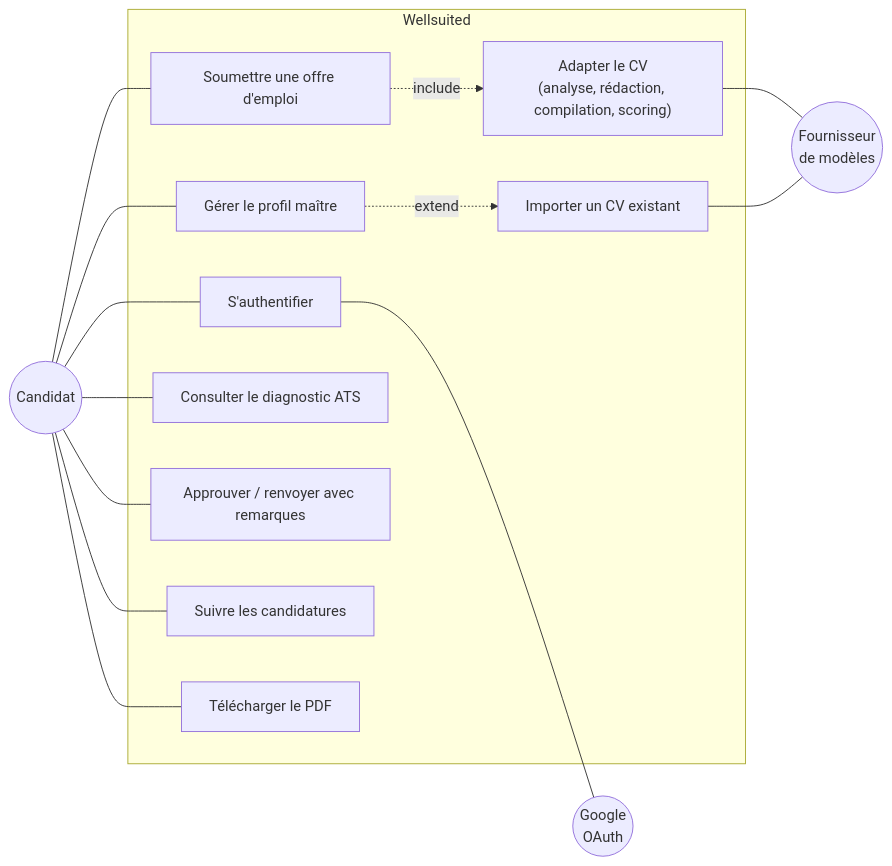
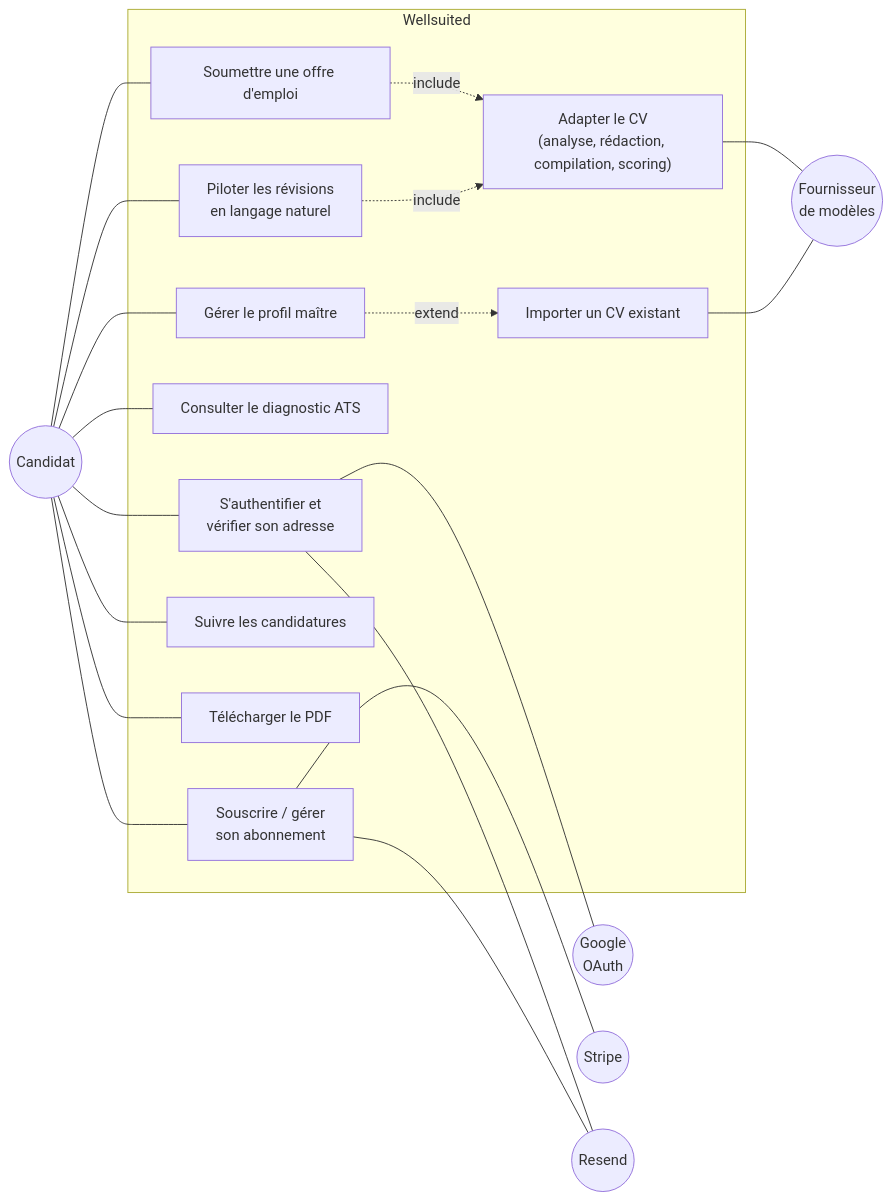
One commit to YounessHassoune/cv-agent changed the third of 9 diagrams in docs/memoire-pfe.md. Above: the diagram before and after it, drawn with Mermaid. The commit also changed other lines of this file and 23 other files, not shown here.

````diff
--- a/docs/memoire-pfe.md
+++ b/docs/memoire-pfe.md
@@ -292,29 +410,37 @@
 ```mermaid
 graph LR
     U(("Candidat"))
     subgraph Wellsuited
-      UC1["S'authentifier"]
+      UC1["S'authentifier et<br/>vérifier son adresse"]
       UC2["Gérer le profil maître"]
       UC3["Importer un CV existant"]
       UC4["Soumettre une offre d'emploi"]
       UC5["Adapter le CV<br/>(analyse, rédaction, compilation, scoring)"]
       UC6["Consulter le diagnostic ATS"]
-      UC7["Approuver / renvoyer avec remarques"]
+      UC7["Piloter les révisions<br/>en langage naturel"]
       UC8["Suivre les candidatures"]
       UC9["Télécharger le PDF"]
+      UC10["Souscrire / gérer<br/>son abonnement"]
     end
     G(("Google<br/>OAuth"))
     M(("Fournisseur<br/>de modèles"))
+    S(("Stripe"))
+    R(("Resend"))
     U --- UC1
     U --- UC2
     U --- UC4
     U --- UC6
     U --- UC7
     U --- UC8
     U --- UC9
+    U --- UC10
     UC2 -.->|extend| UC3
     UC4 -.->|include| UC5
+    UC7 -.->|include| UC5
     UC1 --- G
+    UC1 --- R
     UC5 --- M
     UC3 --- M
+    UC10 --- S
+    UC10 --- R
 ```
````
